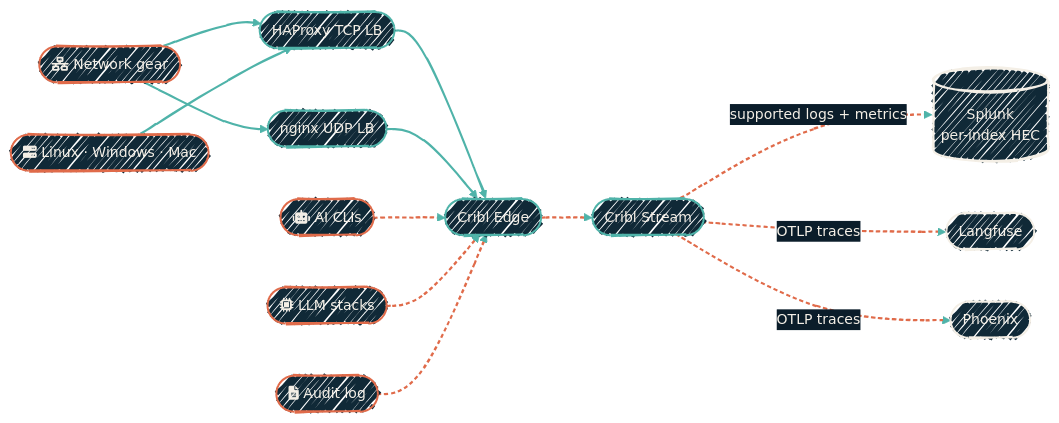
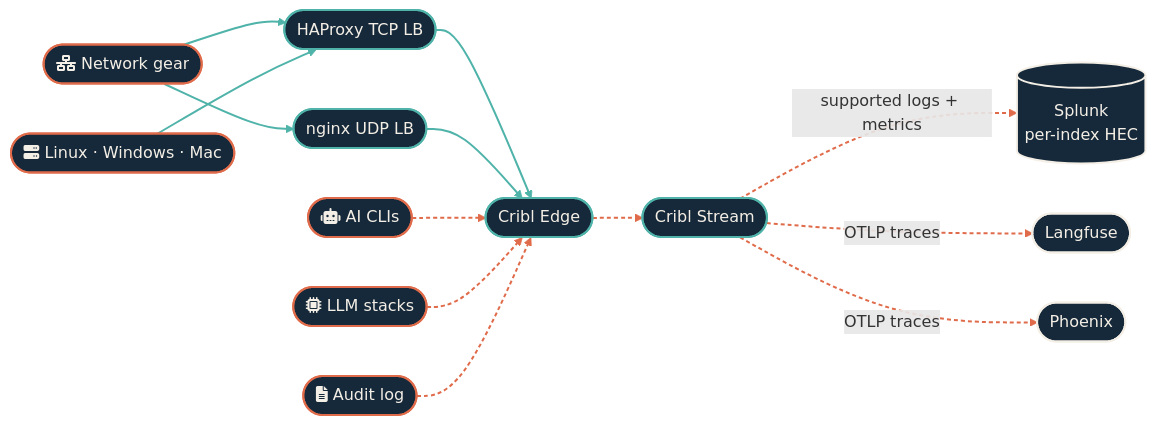
The first of 8 diagrams in observability/pipeline-flows.mdx (dryvist/docs), drawn with Mermaid before and after one commit. The commit also changed other lines of this file and 116 other files, not shown here.

````diff
--- a/observability/pipeline-flows.mdx
+++ b/observability/pipeline-flows.mdx
@@ -24,49 +24,51 @@
 ```mermaid
-%%{init:
-  {'theme':'base','look':'handDrawn','themeVariables':{'fontFamily':'Geist','fontSize':'14px','primaryColor':'#102937','primaryTextColor':'#F4EFE6','primaryBorderColor':'#4FB3A9','lineColor':'#4FB3A9','secondaryColor':'#0B1D2A','tertiaryColor':'#1A2A38','clusterBkg':'rgba(79,179,169,0.08)','clusterBorder':'#4FB3A9'}}}%%
-  flowchart LR
+%%{init: {"theme":"base","look":"handDrawn","themeVariables":{"primaryColor":"#123a36","primaryTextColor":"#f4efe6","primaryBorderColor":"#4fb3a9","lineColor":"#4fb3a9","secondaryColor":"#0b1d2a","tertiaryColor":"#16293a","clusterBkg":"#08151f","clusterBorder":"#4fb3a9","fontFamily":"'Geist Sans', system-ui, -apple-system, BlinkMacSystemFont, 'Segoe UI', Roboto, sans-serif","fontSize":"14px"}}}%%
+flowchart LR
+  classDef src fill:#16293a,stroke:#e06b4a,stroke-width:2px,color:#f4efe6;
+  classDef ai fill:#16293a,stroke:#e06b4a,stroke-width:2px,color:#f4efe6;
+  classDef gate fill:#16293a,stroke:#e06b4a,stroke-width:2.5px,color:#f4efe6;
+  classDef hop fill:#16293a,stroke:#4fb3a9,stroke-width:2px,color:#f4efe6;
+  classDef host fill:#16293a,stroke:#4fb3a9,stroke-width:2px,color:#f4efe6;
+  classDef sink fill:#16293a,stroke:#f4efe6,stroke-width:2px,color:#f4efe6;
+  classDef auto fill:#16293a,stroke:#f4efe6,stroke-width:1.5px,color:#f4efe6;
+  classDef external fill:#16293a,stroke:#e6b35a,stroke-width:2px,color:#f4efe6;
   Gear([fa:fa-network-wired Network gear])
   Hosts([fa:fa-server Linux · Windows · Mac])
   CLIs([fa:fa-robot AI CLIs])
   LLM([fa:fa-microchip LLM stacks])
   Audit([fa:fa-file-lines Audit log])
 
   HAP([HAProxy TCP LB])
   NGX([nginx UDP LB])
   Edge([Cribl Edge])
   Stream([Cribl Stream])
   SP[(Splunk<br/>per-index HEC)]
   LF([Langfuse])
   PX([Phoenix])
 
   Gear --> HAP
   Gear --> NGX
   Hosts --> HAP
   HAP --> Edge
   NGX --> Edge
   CLIs --> Edge
   LLM --> Edge
   Audit --> Edge
   Edge --> Stream
   Stream -->|supported logs + metrics| SP
   Stream -->|OTLP traces| LF
   Stream -->|OTLP traces| PX
 
-  classDef src  fill:#102937,stroke:#E06B4A,stroke-width:2px,color:#F4EFE6;
-  classDef ai   fill:#102937,stroke:#E06B4A,stroke-width:2px,color:#F4EFE6;
-  classDef hop  fill:#102937,stroke:#4FB3A9,stroke-width:2px,color:#F4EFE6;
-  classDef sink fill:#102937,stroke:#F4EFE6,stroke-width:2px,color:#F4EFE6;
-
   class Gear,Hosts,Audit src
   class CLIs,LLM ai
   class HAP,NGX,Edge,Stream hop
   class SP,LF,PX sink
 
   click Edge "/observability/monitoring-agents" "Every collector and where it runs"
   click SP "/observability/repos/ansible-splunk" "Splunk install + indexes"
   click LF "/observability/llm-observability" "Langfuse and the OTLP path"
   click PX "/observability/phoenix" "Arize Phoenix: evals and experiments"
 
   linkStyle 0,1,2,3,4 stroke:#4FB3A9,stroke-width:2px;
   linkStyle 5,6,7,8,9,10,11 stroke:#E06B4A,stroke-width:2px,stroke-dasharray:4 3;
 ```
````
